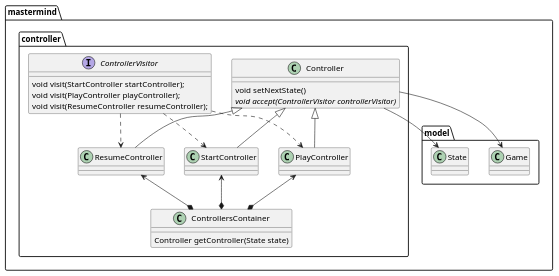
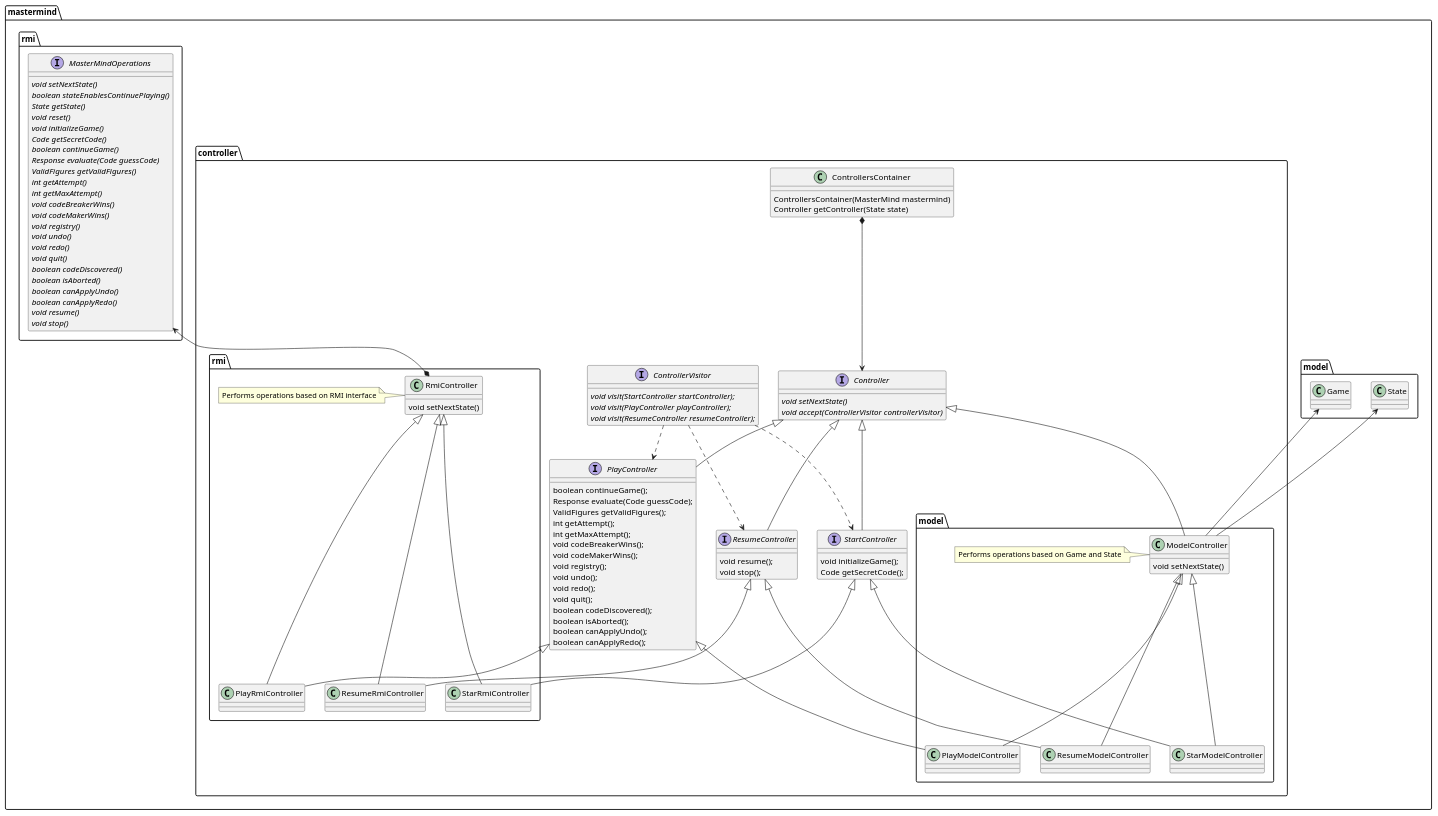
One commit to ciscoruiz/mastermind changed the diagram in doc/mastermind.controller.puml. Above: the diagram before and after it, drawn with PlantUML. The commit also changed 6 other files, not shown here.

Commit message:
Update documentation as PlantUML

```diff
--- a/doc/mastermind.controller.puml
+++ b/doc/mastermind.controller.puml
@@ -1,47 +1,134 @@
 @startuml
 
 package mastermind.model {
     class Game
     class State
 }
 
-
 package mastermind.controller {
-class Controller {
-   void setNextState()
+interface Controller {
+   {abstract} void setNextState()
    {abstract} void accept(ControllerVisitor controllerVisitor)
 }
 
 class ControllersContainer {
+    ControllersContainer(MasterMind mastermind)
     Controller getController(State state) 
 }
 
-class StartController
-class PlayController
-class ResumeController
+interface StartController {
+   void initializeGame();
+   Code getSecretCode();
+}
+
+interface PlayController {
+    boolean continueGame();
+    Response evaluate(Code guessCode);
+    ValidFigures getValidFigures();
+    int getAttempt();
+    int getMaxAttempt();
+    void codeBreakerWins();
+    void codeMakerWins();
+    void registry();
+    void undo();
+    void redo();
+    void quit();
+    boolean codeDiscovered();
+    boolean isAborted();
+    boolean canApplyUndo();
+    boolean canApplyRedo();
+}
+
+interface ResumeController {
+   void resume();
+   void stop();
+}
 
 interface ControllerVisitor {
-   void visit(StartController startController);
-   void visit(PlayController playController);
-   void visit(ResumeController resumeController);
+   {abstract}void visit(StartController startController);
+   {abstract}void visit(PlayController playController);
+   {abstract}void visit(ResumeController resumeController);
 }
 }
 
+package mastermind.controller.model {
+    class ModelController {
+       void setNextState()
+    }
+    note left: Performs operations based on Game and State
+    ModelController -up-> Game
+    ModelController -up-> State
+
+    class StarModelController
+    class PlayModelController
+    class ResumeModelController
+
+    ModelController <|-down-- StarModelController
+    ModelController <|-down-- PlayModelController
+    ModelController <|-down-- ResumeModelController
+
+    StartController <|-down- StarModelController
+    PlayController <|-down- PlayModelController
+    ResumeController <|-down- ResumeModelController
+}
+
+package mastermind.controller.rmi {
+    class RmiController {
+       void setNextState()
+    }
+    note left: Performs operations based on RMI interface
+
+    interface  mastermind.rmi.MasterMindOperations {
+       {abstract}void setNextState()
+       {abstract}boolean stateEnablesContinuePlaying()
+       {abstract}State getState()
+       {abstract}void reset()
+       {abstract}void initializeGame()
+       {abstract}Code getSecretCode()
+       {abstract}boolean continueGame()
+       {abstract}Response evaluate(Code guessCode)
+       {abstract}ValidFigures getValidFigures()
+       {abstract}int getAttempt()
+       {abstract}int getMaxAttempt()
+       {abstract}void codeBreakerWins()
+       {abstract}void codeMakerWins()
+       {abstract}void registry()
+       {abstract}void undo()
+       {abstract}void redo()
+       {abstract}void quit()
+       {abstract}boolean codeDiscovered()
+       {abstract}boolean isAborted()
+       {abstract}boolean canApplyUndo()
+       {abstract}boolean canApplyRedo()
+       {abstract}void resume()
+       {abstract}void stop()
+    }
+
+    RmiController *-up-> mastermind.rmi.MasterMindOperations
+
+    class StarRmiController
+    class PlayRmiController
+    class ResumeRmiController
+
+    RmiController <|-down-- StarRmiController
+    RmiController <|-down-- PlayRmiController
+    RmiController <|-down-- ResumeRmiController
+
+    StartController <|-down- StarRmiController
+    PlayController <|-down- PlayRmiController
+    ResumeController <|-down- ResumeRmiController
+}
+
+ControllersContainer  *--> Controller
+
 Controller <|-down- StartController
-Controller <|- PlayController
-Controller <|- ResumeController
+Controller <|-down- PlayController
+Controller <|-down- ResumeController
 
+Controller <|-down- ModelController
 
 ControllerVisitor -[dashed]-> StartController
 ControllerVisitor -[dashed]-> PlayController
 ControllerVisitor -[dashed]-> ResumeController
 
-ControllersContainer  *-up-> StartController
-ControllersContainer  *-up-> PlayController
-ControllersContainer  *-up-> ResumeController
-
-Controller --> Game
-Controller --> State
-
-
 @enduml
```
